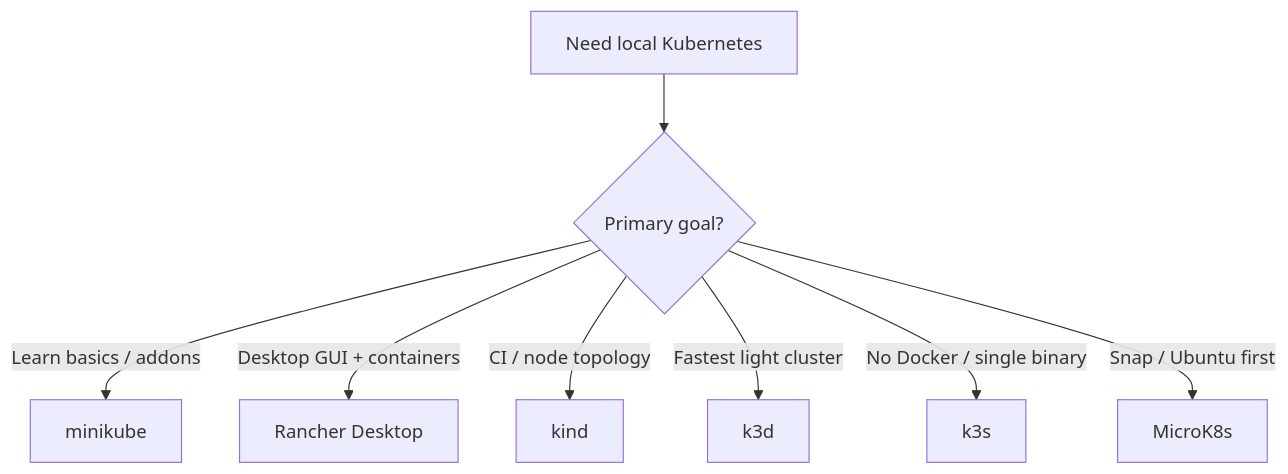
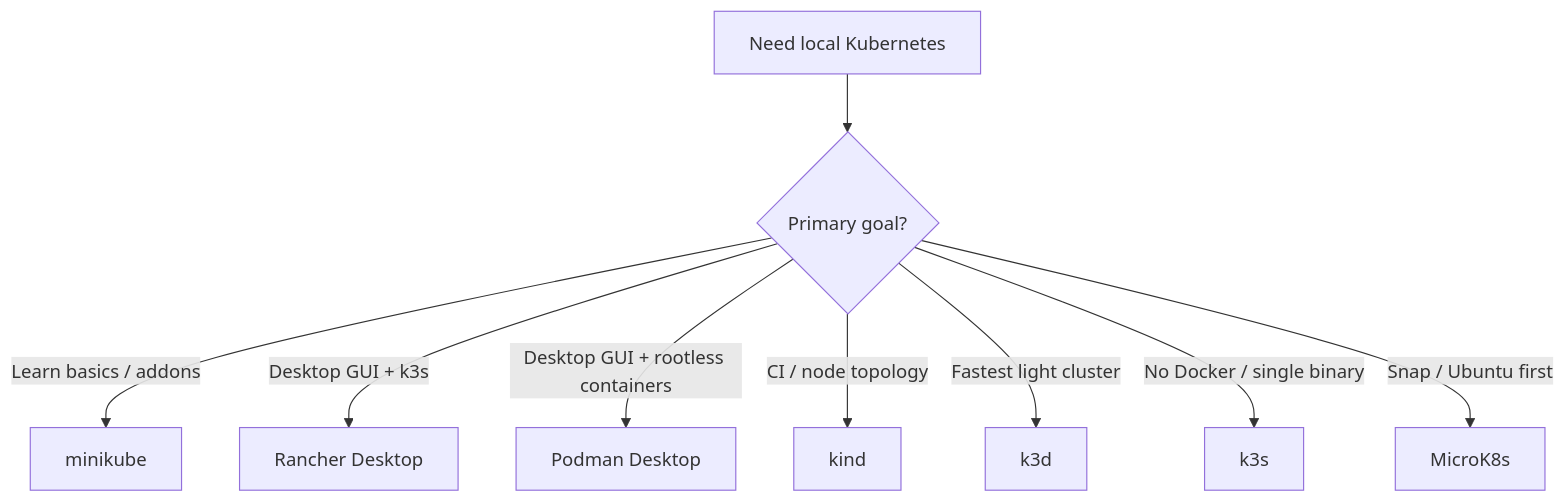
The diagram in _drafts/open-source-local-kubernetes-installers-and-uis.md (sagarnikam123/sagarnikam123.github.io), drawn with Mermaid before and after one commit. The commit also changed other lines of this file, not shown here.

````diff
--- a/_drafts/open-source-local-kubernetes-installers-and-uis.md
+++ b/_drafts/open-source-local-kubernetes-installers-and-uis.md
@@ -83,10 +94,11 @@
 ```mermaid
 flowchart TD
-    Start[Need local Kubernetes] --> Goal{Primary goal?}
-    Goal -->|Learn basics / addons| Mini[minikube]
-    Goal -->|Desktop GUI + containers| RD[Rancher Desktop]
-    Goal -->|CI / node topology| Kind[kind]
-    Goal -->|Fastest light cluster| K3d[k3d]
-    Goal -->|No Docker / single binary| K3s[k3s]
-    Goal -->|Snap / Ubuntu first| MK[MicroK8s]
+    Start["Need local Kubernetes"] --> Goal{"Primary goal?"}
+    Goal -->|"Learn basics / addons"| Mini["minikube"]
+    Goal -->|"Desktop GUI + k3s"| RD["Rancher Desktop"]
+    Goal -->|"Desktop GUI + rootless containers"| PD["Podman Desktop"]
+    Goal -->|"CI / node topology"| Kind["kind"]
+    Goal -->|"Fastest light cluster"| K3d["k3d"]
+    Goal -->|"No Docker / single binary"| K3s["k3s"]
+    Goal -->|"Snap / Ubuntu first"| MK["MicroK8s"]
 ```
````
